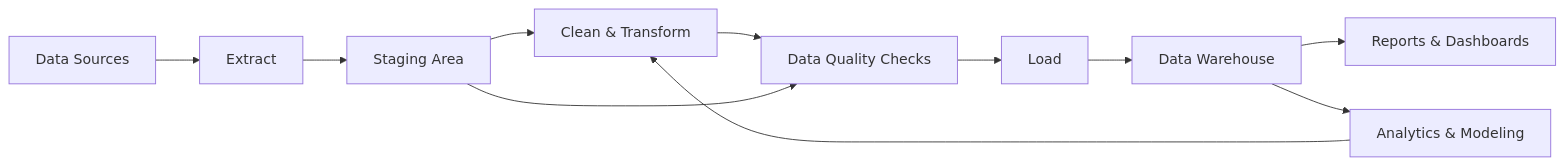
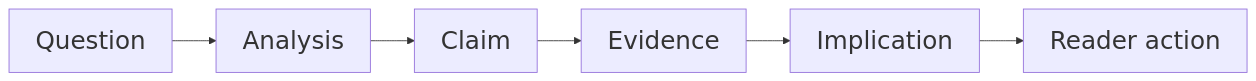
One commit to numbats/cwd changed the diagram in week3/index.qmd. Above: the diagram before and after it, drawn with Mermaid. The commit also changed other lines of this file and 1 other file, not shown here.

````diff
--- a/week3/index.qmd
+++ b/week3/index.qmd
@@ -662,21 +1123,10 @@
 ```{mermaid}
 %%| echo: false
-graph LR
-    A[Data Sources] --> B[Extract]
-    B --> C[Staging Area]
-    C --> D[Clean & Transform]
-    D --> E[Data Quality Checks]
-    
-    %% Branch: some data skips transformation
-    C --> E
-    
-    E --> F[Load]
-    F --> G[Data Warehouse]
-    
-    %% Consumption paths
-    G --> H[Reports & Dashboards]
-    G --> I[Analytics & Modeling]
-    
-    %% Feedback loop from analytics to transform
-    I --> D
+%%{init: {'themeVariables': {'fontSize': '28px'}}}%%
+flowchart LR
+  A[Question] --> B[Analysis]
+  B --> C[Claim]
+  C --> D[Evidence]
+  D --> E[Implication]
+  E --> F[Reader action]
 ```
````
